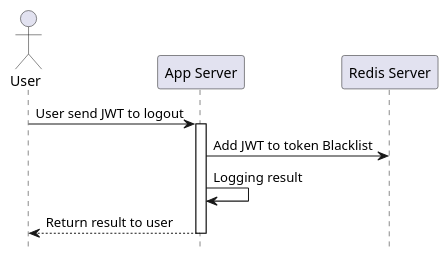
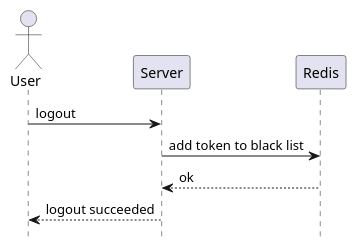
Before and after one commit to noradomi/foo-app: the diagram in docs/sequence diagrams/logout.puml, drawn with PlantUML. The commit also changed 71 other files, not shown here.

```diff
--- a/docs/sequence diagrams/logout.puml
+++ b/docs/sequence diagrams/logout.puml
@@ -1,13 +1,8 @@
 @startuml logout
     hide footbox
-
     actor "User"
-
-    "User" -> "App Server": User send JWT to logout
-    activate "App Server"
-    "App Server" -> "Redis Server": Add JWT to token Blacklist
-    "App Server" -> "App Server": Logging result
-    "App Server" --> "User": Return result to user
-    deactivate "App Server"
-
+    "User" -> "Server": logout
+    "Server" -> "Redis": add token to black list
+    "Redis" --> "Server": ok
+    "Server" --> "User": logout succeeded
 @enduml
```
